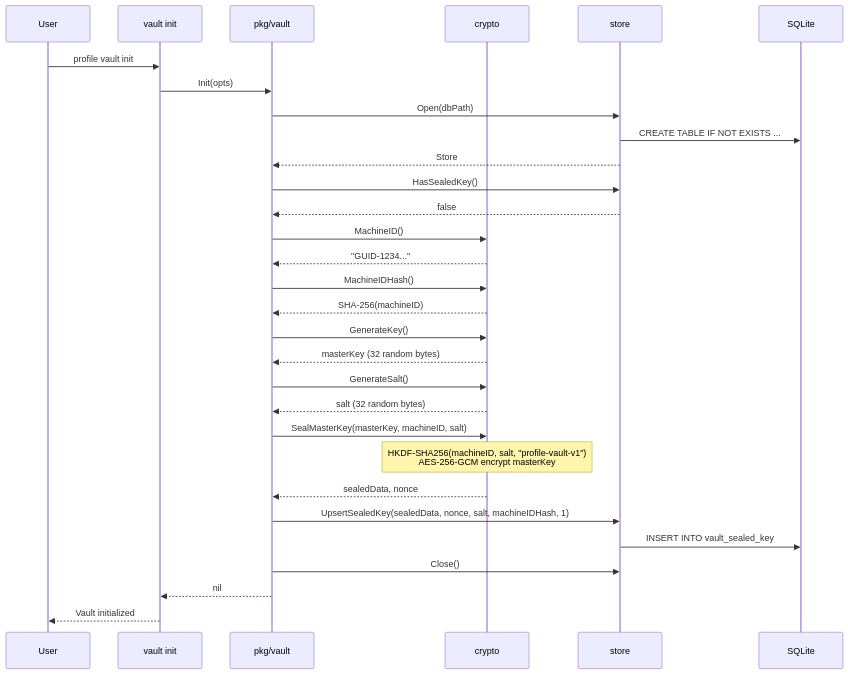
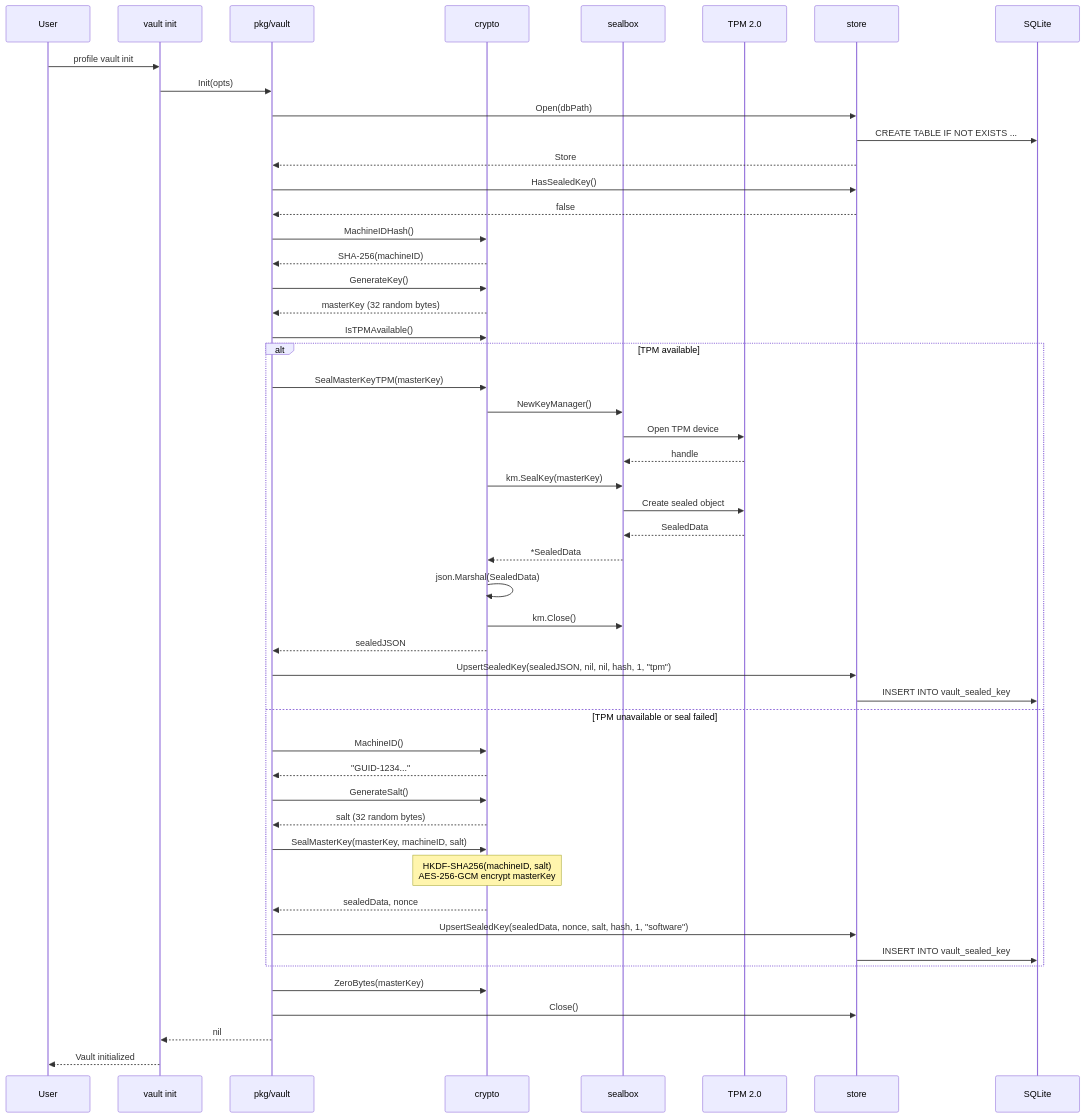
Before and after one commit to inovacc/anvil: the fifth of 14 diagrams in docs/ARCHITECTURE.md, drawn with Mermaid. The commit also changed other lines of this file, not shown here.

First line of the commit message:
docs: update ARCHITECTURE.md with TPM sealing diagrams

````diff
--- a/docs/ARCHITECTURE.md
+++ b/docs/ARCHITECTURE.md
@@ -156,38 +167,61 @@
 ```mermaid
 sequenceDiagram
     participant User
     participant CLI as vault init
     participant V as pkg/vault
     participant C as crypto
+    participant SB as sealbox
+    participant TPM as TPM 2.0
     participant S as store
     participant DB as SQLite
 
     User->>CLI: profile vault init
     CLI->>V: Init(opts)
     V->>S: Open(dbPath)
     S->>DB: CREATE TABLE IF NOT EXISTS ...
     S-->>V: Store
 
     V->>S: HasSealedKey()
     S-->>V: false
 
-    V->>C: MachineID()
-    C-->>V: "GUID-1234..."
     V->>C: MachineIDHash()
     C-->>V: SHA-256(machineID)
 
     V->>C: GenerateKey()
     C-->>V: masterKey (32 random bytes)
-    V->>C: GenerateSalt()
-    C-->>V: salt (32 random bytes)
 
-    V->>C: SealMasterKey(masterKey, machineID, salt)
-    Note over C: HKDF-SHA256(machineID, salt, "profile-vault-v1")<br/>AES-256-GCM encrypt masterKey
-    C-->>V: sealedData, nonce
+    V->>C: IsTPMAvailable()
 
-    V->>S: UpsertSealedKey(sealedData, nonce, salt, machineIDHash, 1)
-    S->>DB: INSERT INTO vault_sealed_key
+    alt TPM available
+        V->>C: SealMasterKeyTPM(masterKey)
+        C->>SB: NewKeyManager()
+        SB->>TPM: Open TPM device
+        TPM-->>SB: handle
+        C->>SB: km.SealKey(masterKey)
+        SB->>TPM: Create sealed object
+        TPM-->>SB: SealedData
+        SB-->>C: *SealedData
+        C->>C: json.Marshal(SealedData)
+        C->>SB: km.Close()
+        C-->>V: sealedJSON
+
+        V->>S: UpsertSealedKey(sealedJSON, nil, nil, hash, 1, "tpm")
+        S->>DB: INSERT INTO vault_sealed_key
+    else TPM unavailable or seal failed
+        V->>C: MachineID()
+        C-->>V: "GUID-1234..."
+        V->>C: GenerateSalt()
+        C-->>V: salt (32 random bytes)
+        V->>C: SealMasterKey(masterKey, machineID, salt)
+        Note over C: HKDF-SHA256(machineID, salt)<br/>AES-256-GCM encrypt masterKey
+        C-->>V: sealedData, nonce
+
+        V->>S: UpsertSealedKey(sealedData, nonce, salt, hash, 1, "software")
+        S->>DB: INSERT INTO vault_sealed_key
+    end
+
+    V->>C: ZeroBytes(masterKey)
     V->>S: Close()
     V-->>CLI: nil
     CLI-->>User: Vault initialized
 ```
````
